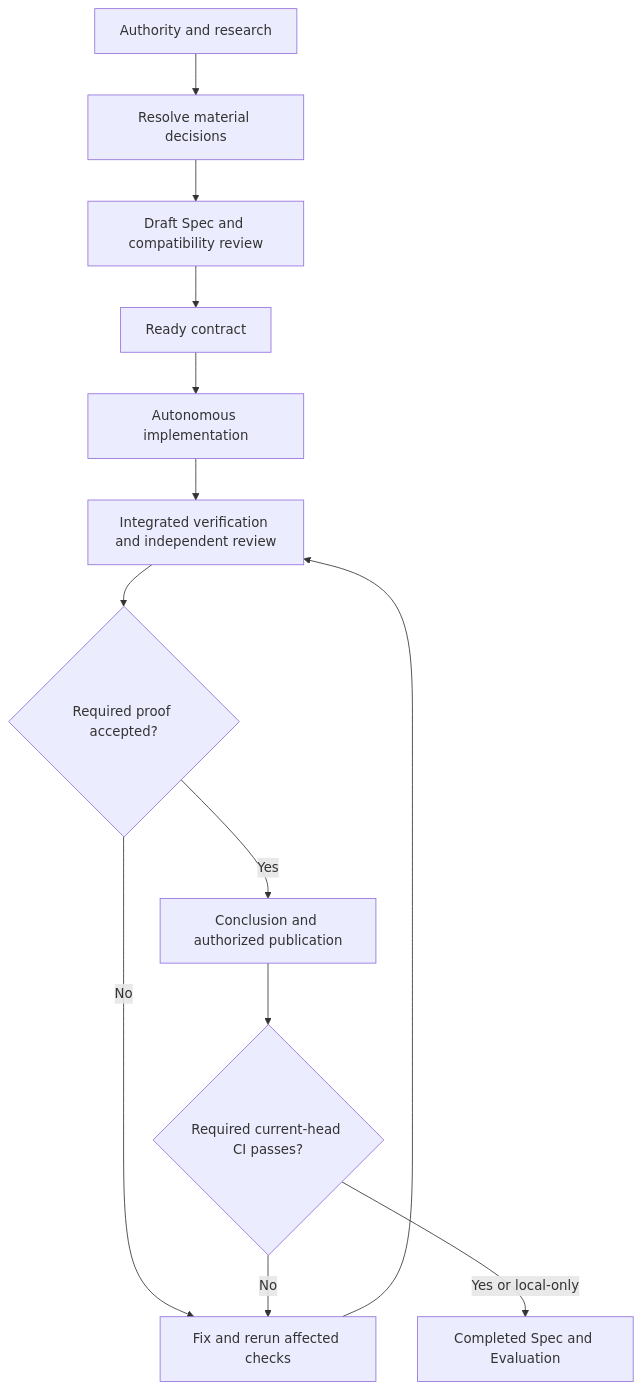
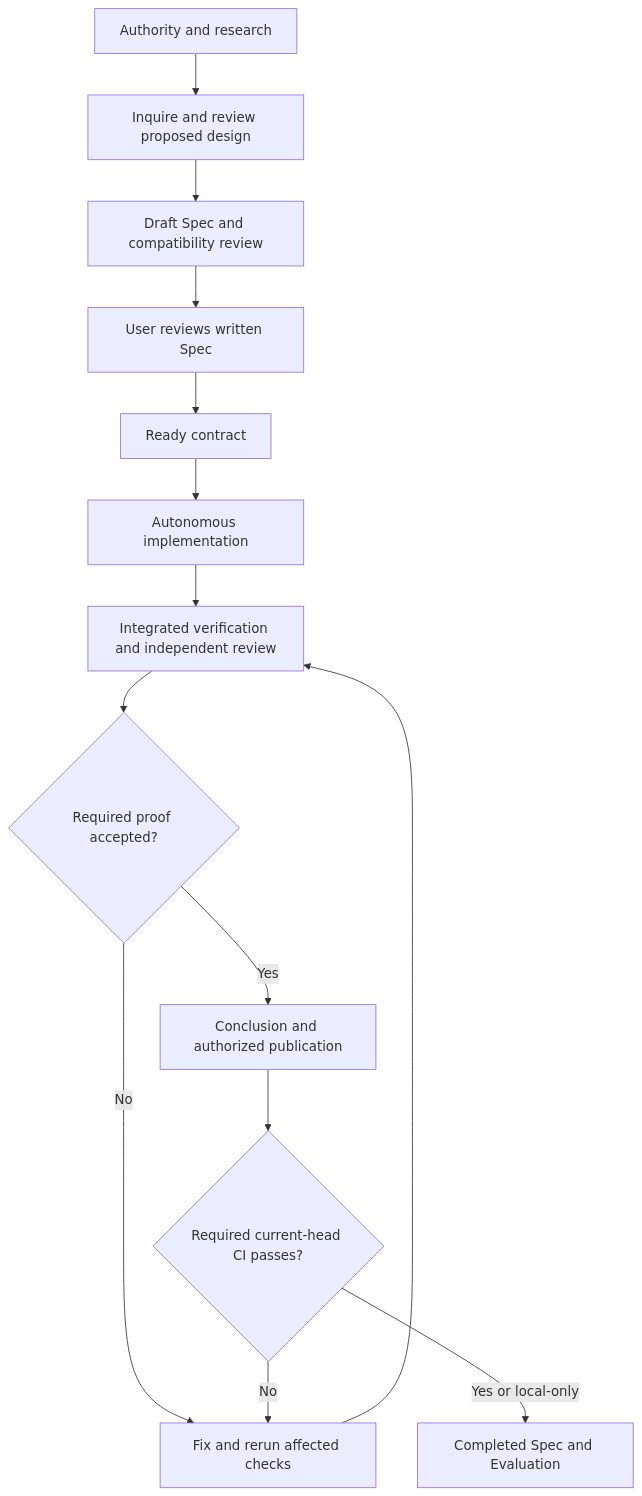
One commit to CtrI-Alt-Del/shifu changed the diagram in documentation/sdd.md. Above: the diagram before and after it, drawn with Mermaid. The commit also changed other lines of this file and 1 other file, not shown here.

Commit message:
docs: SHIFU-99 update design review process and clarify spec drafting guidelines in SDD

````diff
--- a/documentation/sdd.md
+++ b/documentation/sdd.md
@@ -12,15 +12,16 @@
 ```mermaid
 flowchart TD
-    A[Authority and research] --> B[Resolve material decisions]
+    A[Authority and research] --> B[Inquire and review proposed design]
     B --> C[Draft Spec and compatibility review]
-    C --> D[Ready contract]
+    C --> R[User reviews written Spec]
+    R --> D[Ready contract]
     D --> E[Autonomous implementation]
     E --> F[Integrated verification and independent review]
     F --> G{Required proof accepted?}
     G -->|No| H[Fix and rerun affected checks]
     H --> F
     G -->|Yes| I[Conclusion and authorized publication]
     I --> J{Required current-head CI passes?}
     J -->|No| H
     J -->|Yes or local-only| K[Completed Spec and Evaluation]
 ```
````
